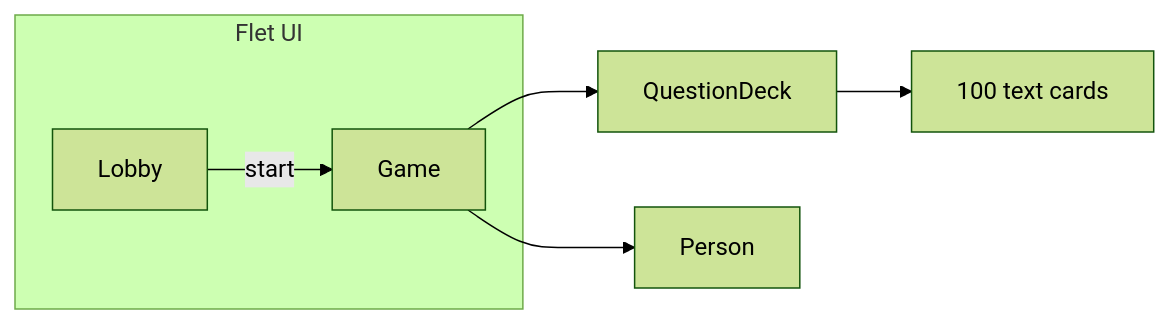
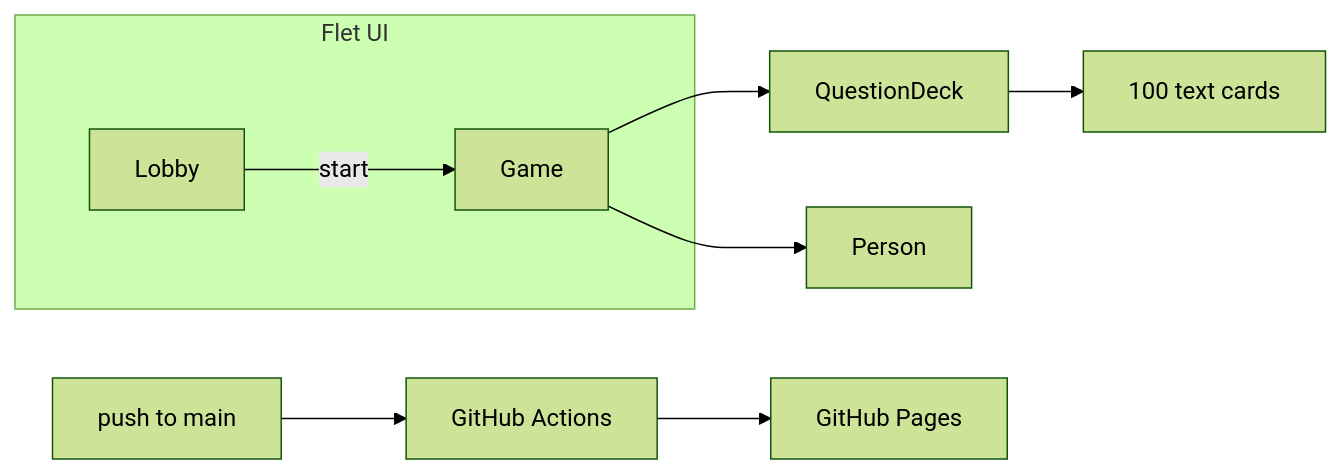
The diagram in README.md (linneaegner/do-or-lose), drawn with Mermaid (forest theme) before and after one commit. The commit also changed other lines of this file and 6 other files, not shown here.

````diff
--- a/README.md
+++ b/README.md
@@ -81,11 +85,13 @@
 ```mermaid
 flowchart LR
   subgraph ui [Flet UI]
     L[Lobby]
     G[Game]
   end
   L -->|start| G
   G --> QuestionDeck
   G --> Person
   QuestionDeck --> QUESTIONS["100 text cards"]
+  push["push to main"] --> gha[GitHub Actions]
+  gha --> pages[GitHub Pages]
 ```
````
